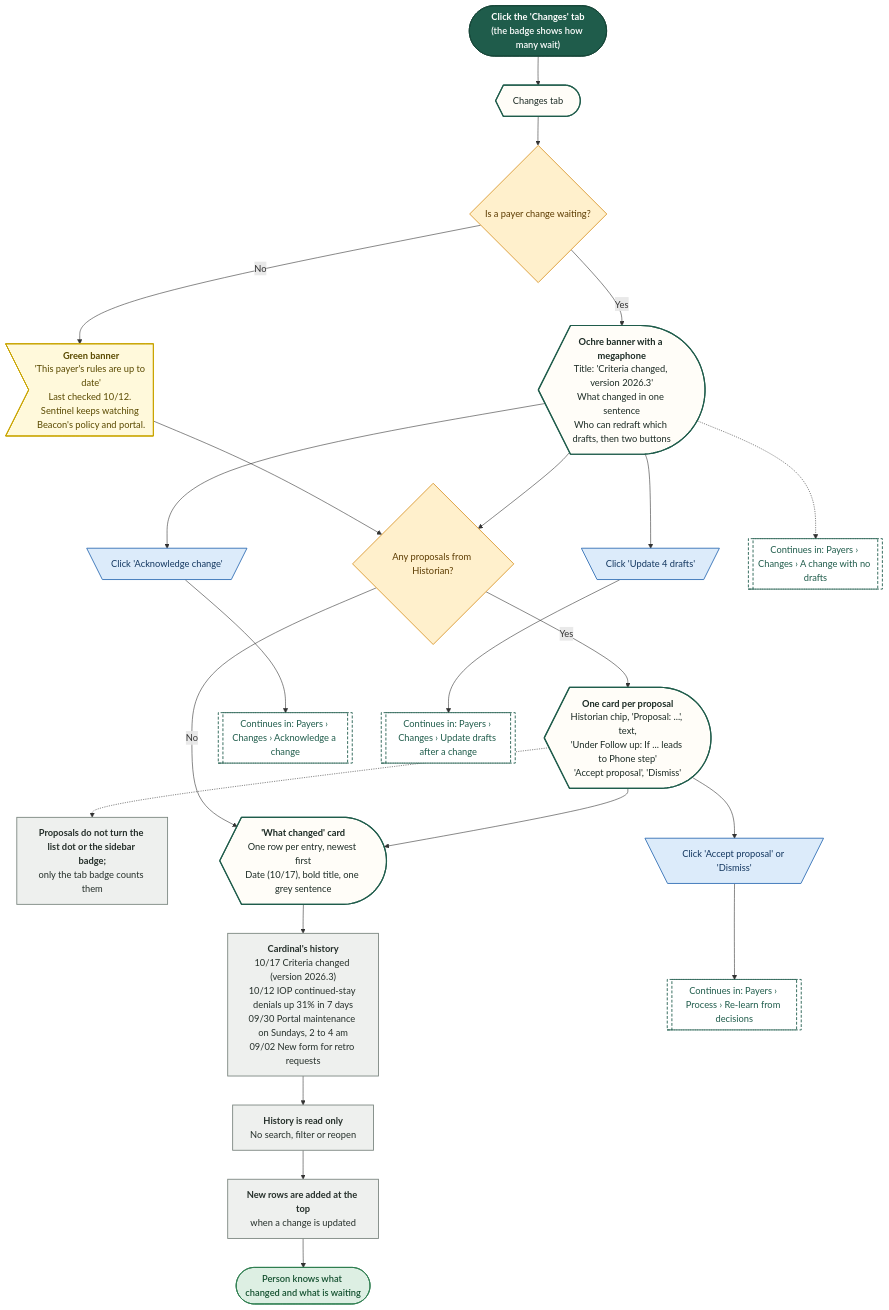
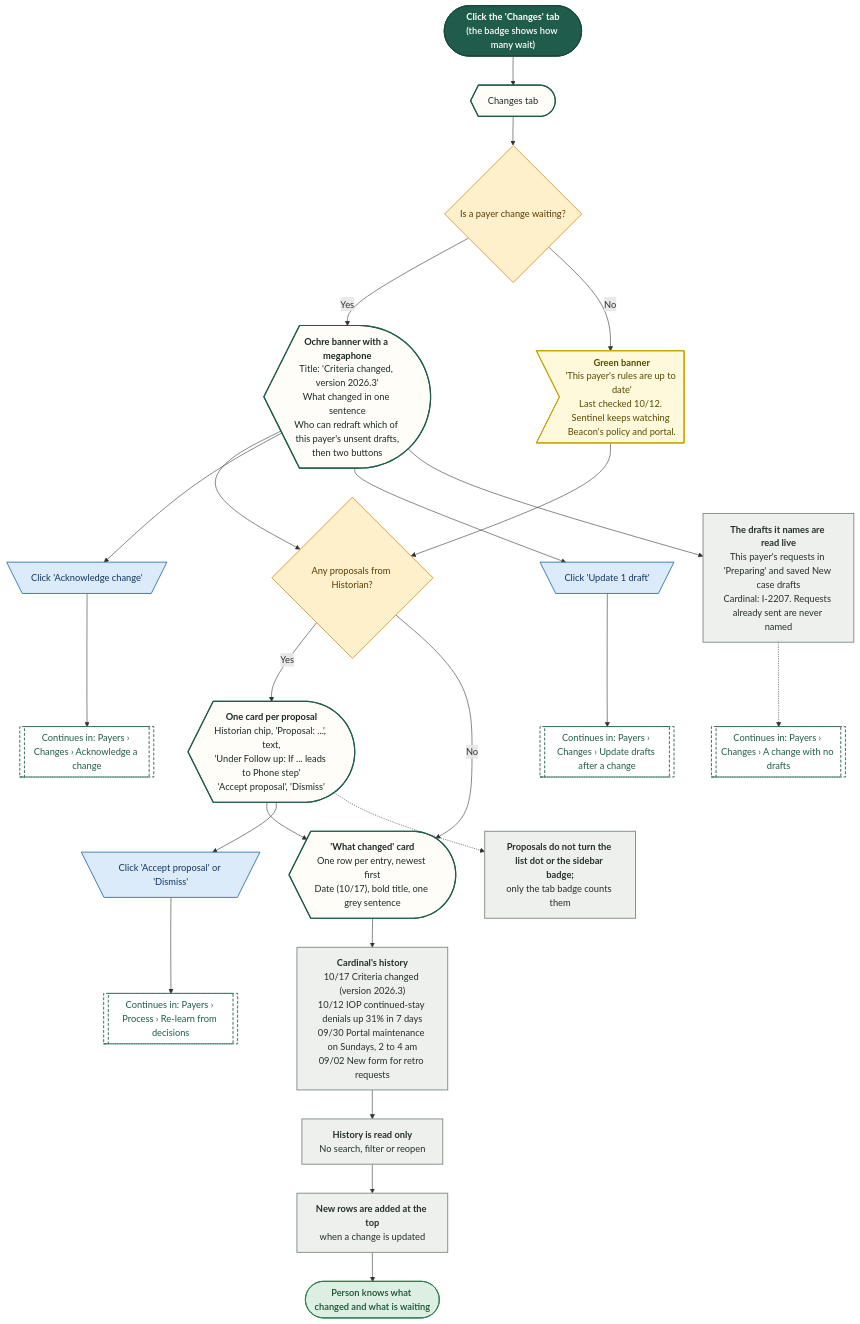
One commit to Shrav143/psyfloapp changed diagram 19 of 25 in demos/prior-auth-demo/workflows/out/md/10-payers.md. Above: the diagram before and after it, drawn with Mermaid. The commit also changed other lines of this file and 195 other files, not shown here.

First line of the commit message:
docs: Rebuild workflow diagrams after the demo fixes (220 diagrams)

````diff
--- a/demos/prior-auth-demo/workflows/out/md/10-payers.md
+++ b/demos/prior-auth-demo/workflows/out/md/10-payers.md
@@ -1383,59 +1420,61 @@
 ```mermaid
 %%{init: {"theme":"base","themeVariables":{"fontFamily":"'DM Sans', 'Segoe UI', system-ui, sans-serif","fontSize":"15px","lineColor":"#5B6B63","primaryTextColor":"#1C2B25","clusterBkg":"#FBF8F3","clusterBorder":"#D9CDBB","edgeLabelBackground":"#FFFFFF"},"flowchart":{"curve":"basis","nodeSpacing":36,"rankSpacing":48,"padding":12,"htmlLabels":true,"useMaxWidth":false,"wrappingWidth":230}} }%%
 flowchart TD
   classDef k_start fill:#1F5C4B,stroke:#174638,color:#FFFFFF,stroke-width:1.5px,font-weight:600
   classDef k_end fill:#DDEFE3,stroke:#2E7D4F,color:#14502F,stroke-width:1.5px,font-weight:600
   classDef k_endx fill:#FBE3E0,stroke:#C0392B,color:#7A1F16,stroke-width:1.5px,font-weight:600
   classDef k_screen fill:#FFFDF8,stroke:#1F5C4B,color:#1C2B25,stroke-width:2px
   classDef k_overlay fill:#F1F7F3,stroke:#1F5C4B,color:#1C2B25,stroke-width:2px,stroke-dasharray:5 3
   classDef k_click fill:#DCEBFA,stroke:#2F6DB5,color:#12365F,stroke-width:1.5px
   classDef k_input fill:#E4E7FF,stroke:#4C5FD5,color:#1D2670,stroke-width:1.5px
   classDef k_process fill:#EEF0EE,stroke:#7A857F,color:#26302B,stroke-width:1.5px
   classDef k_agent fill:#EEE5FA,stroke:#7A4FC2,color:#341A63,stroke-width:1.5px
   classDef k_decision fill:#FFF0CC,stroke:#D9962B,color:#5C3B00,stroke-width:1.5px
   classDef k_store fill:#D5F0EA,stroke:#1C8E7B,color:#0B4A3F,stroke-width:1.5px
   classDef k_doc fill:#F6E9DC,stroke:#B07A4C,color:#4A2E14,stroke-width:1.5px
   classDef k_ext fill:#FFE6D2,stroke:#E07B39,color:#6B2F06,stroke-width:1.5px
   classDef k_wait fill:#E4E8EE,stroke:#6B7C93,color:#26303D,stroke-width:1.5px
   classDef k_toast fill:#FFF9DB,stroke:#C9A400,color:#5A4A00,stroke-width:1.5px
   classDef k_goto fill:#FFFFFF,stroke:#1F5C4B,color:#1F5C4B,stroke-width:1.5px,stroke-dasharray:5 3
   s1@{ shape: stadium, label: "<b>Click the 'Changes' tab</b><br/>(the badge shows how many wait)" }
   tab@{ shape: curv-trap, label: "Changes tab" }
   dp@{ shape: diam, label: "Is a payer change waiting?" }
-  bw@{ shape: curv-trap, label: "<b>Ochre banner with a megaphone</b><br/>Title: 'Criteria changed, version 2026.3'<br/>What changed in one sentence<br/>Who can redraft which drafts, then two buttons" }
+  bw@{ shape: curv-trap, label: "<b>Ochre banner with a megaphone</b><br/>Title: 'Criteria changed, version 2026.3'<br/>What changed in one sentence<br/>Who can redraft which of this payer's unsent drafts,<br/>then two buttons" }
   bg@{ shape: odd, label: "<b>Green banner</b><br/>'This payer's rules are up to date'<br/>Last checked 10/12. Sentinel keeps watching Beacon's policy and portal." }
   dq@{ shape: diam, label: "Any proposals from Historian?" }
   pc@{ shape: curv-trap, label: "<b>One card per proposal</b><br/>Historian chip, 'Proposal: ...', text,<br/>'Under Follow up: If ... leads to Phone step'<br/>'Accept proposal', 'Dismiss'" }
   pn@{ shape: rect, label: "<b>Proposals do not turn the list dot or the sidebar badge;</b><br/>only the tab badge counts them" }
   hist@{ shape: curv-trap, label: "<b>'What changed' card</b><br/>One row per entry, newest first<br/>Date (10/17), bold title, one grey sentence" }
   ex@{ shape: rect, label: "<b>Cardinal's history</b><br/>10/17 Criteria changed (version 2026.3)<br/>10/12 IOP continued-stay denials up 31% in 7 days<br/>09/30 Portal maintenance on Sundays, 2 to 4 am<br/>09/02 New form for retro requests" }
   ro@{ shape: rect, label: "<b>History is read only</b><br/>No search, filter or reopen" }
   add@{ shape: rect, label: "<b>New rows are added at the top</b><br/>when a change is updated" }
   ca@{ shape: trap-t, label: "Click 'Acknowledge change'" }
-  cu@{ shape: trap-t, label: "Click 'Update 4 drafts'" }
+  cu@{ shape: trap-t, label: "Click 'Update 1 draft'" }
   cac@{ shape: trap-t, label: "Click 'Accept proposal' or 'Dismiss'" }
   g1@{ shape: subproc, label: "Continues in: Payers › Changes › Acknowledge a change" }
   g2@{ shape: subproc, label: "Continues in: Payers › Changes › Update drafts after a change" }
   g3@{ shape: subproc, label: "Continues in: Payers › Process › Re-learn from decisions" }
   g4@{ shape: subproc, label: "Continues in: Payers › Changes › A change with no drafts" }
+  dl@{ shape: rect, label: "<b>The drafts it names are read live</b><br/>This payer's requests in 'Preparing' and saved New case drafts<br/>Cardinal: I-2207. Requests already sent are never named" }
   e1@{ shape: stadium, label: "Person knows what changed and what is waiting" }
   s1 --> tab --> dp
   dp -->|"Yes"| bw --> dq
   dp -->|"No"| bg --> dq
   bw --> ca --> g1
   bw --> cu --> g2
   dq -->|"Yes"| pc --> hist
   dq -->|"No"| hist
   pc --> cac --> g3
   pc -.-> pn
   hist --> ex --> ro --> add --> e1
-  bw -.-> g4
+  bw --> dl
+  dl -.-> g4
   class s1 k_start
   class tab,bw,pc,hist k_screen
   class dp,dq k_decision
   class bg k_toast
-  class pn,ex,ro,add k_process
+  class pn,ex,ro,add,dl k_process
   class ca,cu,cac k_click
   class g1,g2,g3,g4 k_goto
   class e1 k_end
 ```
````
